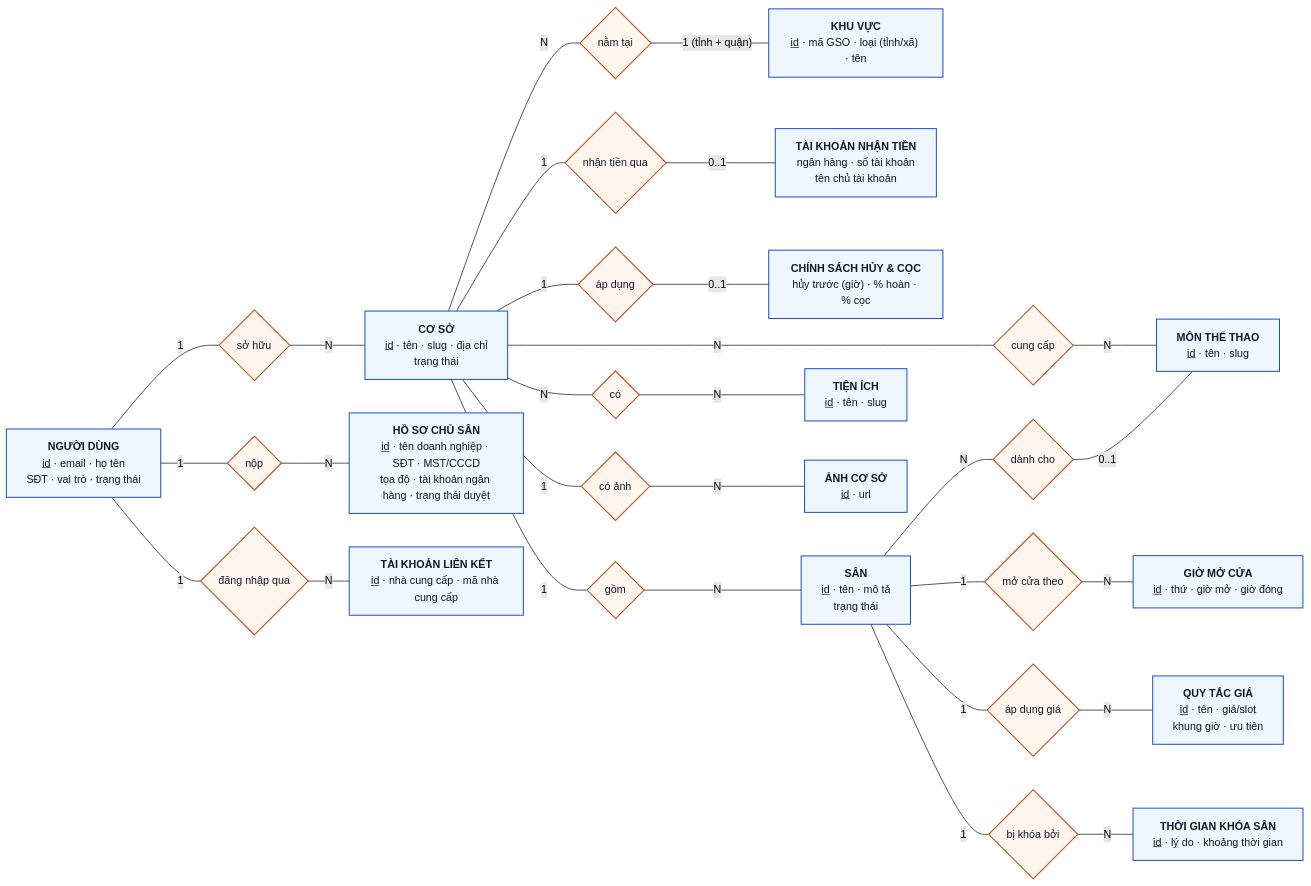
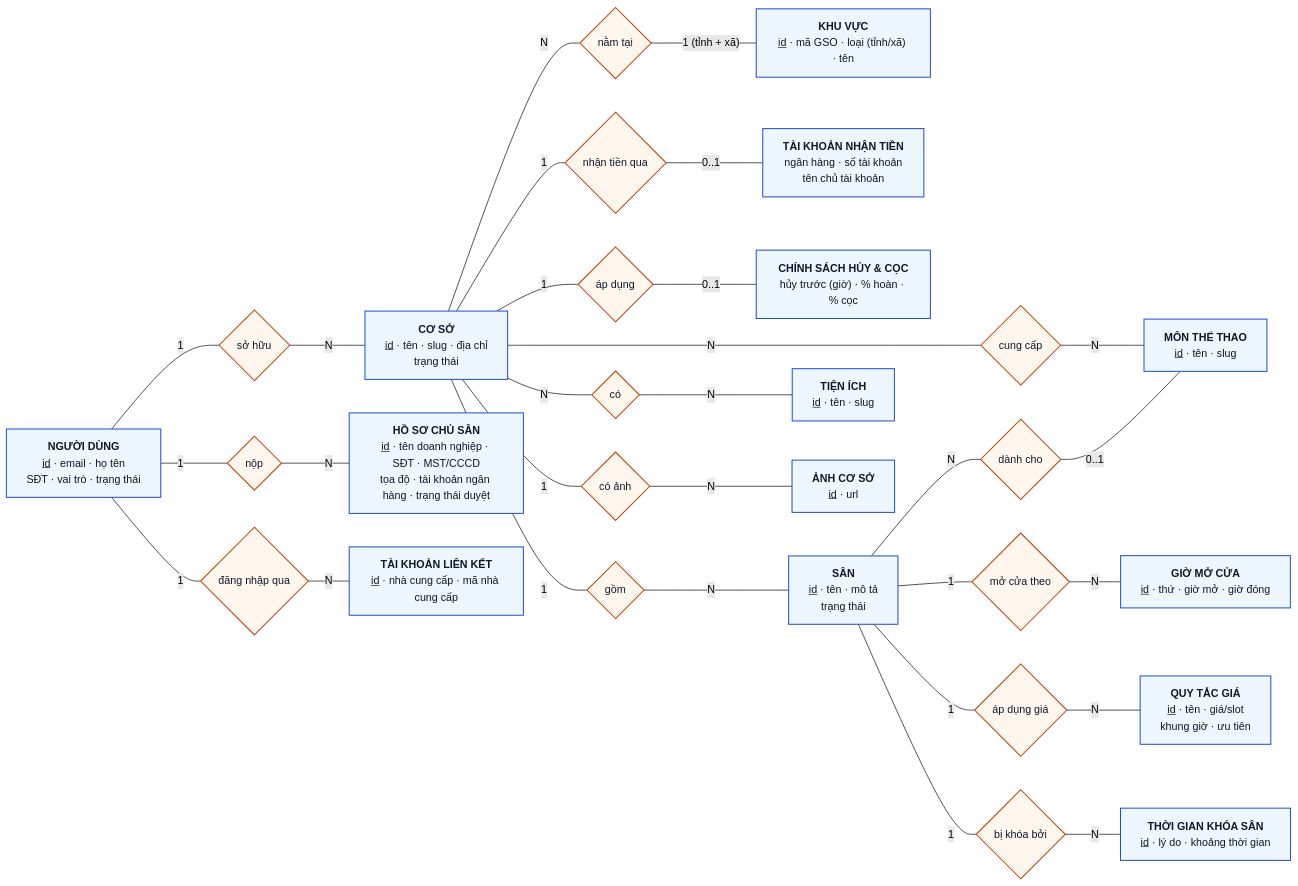
The first of 4 diagrams in docs/04-database-schema.md (TuyenTran205/bookSportsCourt), drawn with Mermaid (forest theme) before and after one commit. The commit also changed other lines of this file and 26 other files, not shown here.

````diff
--- a/docs/04-database-schema.md
+++ b/docs/04-database-schema.md
@@ -83,50 +89,50 @@
 ```mermaid
 flowchart LR
     classDef entity fill:#eef6ff,stroke:#1d4ed8,stroke-width:1.5px,color:#0f172a;
     classDef rel fill:#fff7ed,stroke:#c2410c,stroke-width:1.5px,color:#0f172a;
 
     USER["<b>NGƯỜI DÙNG</b><br/><u>id</u> · email · họ tên<br/>SĐT · vai trò · trạng thái"]:::entity
     VENUE["<b>CƠ SỞ</b><br/><u>id</u> · tên · slug · địa chỉ<br/>trạng thái"]:::entity
     AREA["<b>KHU VỰC</b><br/><u>id</u> · mã GSO · loại (tỉnh/xã) · tên"]:::entity
     APP["<b>HỒ SƠ CHỦ SÂN</b><br/><u>id</u> · tên doanh nghiệp · SĐT · MST/CCCD<br/>tọa độ · tài khoản ngân hàng · trạng thái duyệt"]:::entity
     BANK["<b>TÀI KHOẢN NHẬN TIỀN</b><br/>ngân hàng · số tài khoản<br/>tên chủ tài khoản"]:::entity
     POLICY["<b>CHÍNH SÁCH HỦY & CỌC</b><br/>hủy trước (giờ) · % hoàn · % cọc"]:::entity
     COURT["<b>SÂN</b><br/><u>id</u> · tên · mô tả<br/>trạng thái"]:::entity
     SPORT["<b>MÔN THỂ THAO</b><br/><u>id</u> · tên · slug"]:::entity
     AMEN["<b>TIỆN ÍCH</b><br/><u>id</u> · tên · slug"]:::entity
     IMG["<b>ẢNH CƠ SỞ</b><br/><u>id</u> · url"]:::entity
     OH["<b>GIỜ MỞ CỬA</b><br/><u>id</u> · thứ · giờ mở · giờ đóng"]:::entity
     PR["<b>QUY TẮC GIÁ</b><br/><u>id</u> · tên · giá/slot<br/>khung giờ · ưu tiên"]:::entity
     BO["<b>THỜI GIAN KHÓA SÂN</b><br/><u>id</u> · lý do · khoảng thời gian"]:::entity
     OAUTH["<b>TÀI KHOẢN LIÊN KẾT</b><br/><u>id</u> · nhà cung cấp · mã nhà cung cấp"]:::entity
 
     R_OWN{"sở hữu"}:::rel
     R_CON{"gồm"}:::rel
     R_IMG{"có ảnh"}:::rel
     R_OFF{"cung cấp"}:::rel
     R_PRO{"có"}:::rel
     R_FOR{"dành cho"}:::rel
     R_OH{"mở cửa theo"}:::rel
     R_PR{"áp dụng giá"}:::rel
     R_BO{"bị khóa bởi"}:::rel
     R_LNK{"đăng nhập qua"}:::rel
     R_APP{"nộp"}:::rel
     R_LOC{"nằm tại"}:::rel
     R_BANK{"nhận tiền qua"}:::rel
     R_POL{"áp dụng"}:::rel
 
     USER ---|1| R_OWN ---|N| VENUE
     VENUE ---|1| R_CON ---|N| COURT
     VENUE ---|1| R_IMG ---|N| IMG
     VENUE ---|N| R_OFF ---|N| SPORT
     VENUE ---|N| R_PRO ---|N| AMEN
     COURT ---|N| R_FOR ---|"0..1"| SPORT
     COURT ---|1| R_OH ---|N| OH
     COURT ---|1| R_PR ---|N| PR
     COURT ---|1| R_BO ---|N| BO
     USER ---|1| R_LNK ---|N| OAUTH
     USER ---|1| R_APP ---|N| APP
-    VENUE ---|N| R_LOC ---|"1 (tỉnh + quận)"| AREA
+    VENUE ---|N| R_LOC ---|"1 (tỉnh + xã)"| AREA
     VENUE ---|1| R_BANK ---|"0..1"| BANK
     VENUE ---|1| R_POL ---|"0..1"| POLICY
 ```
````
